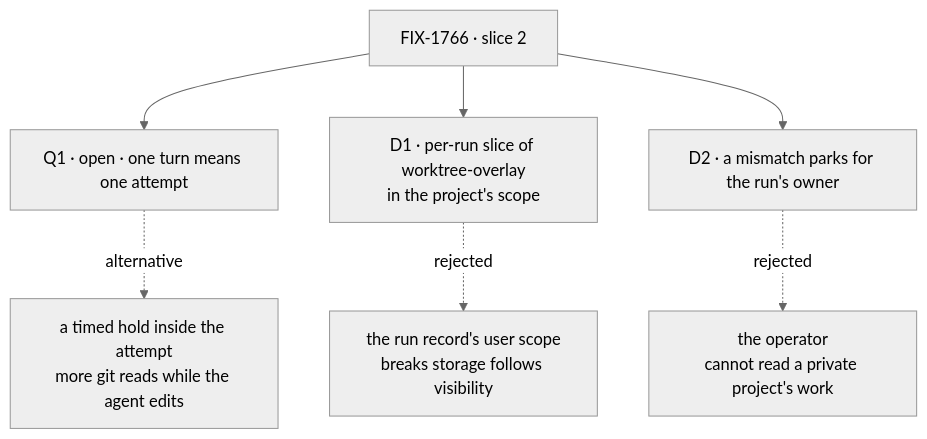
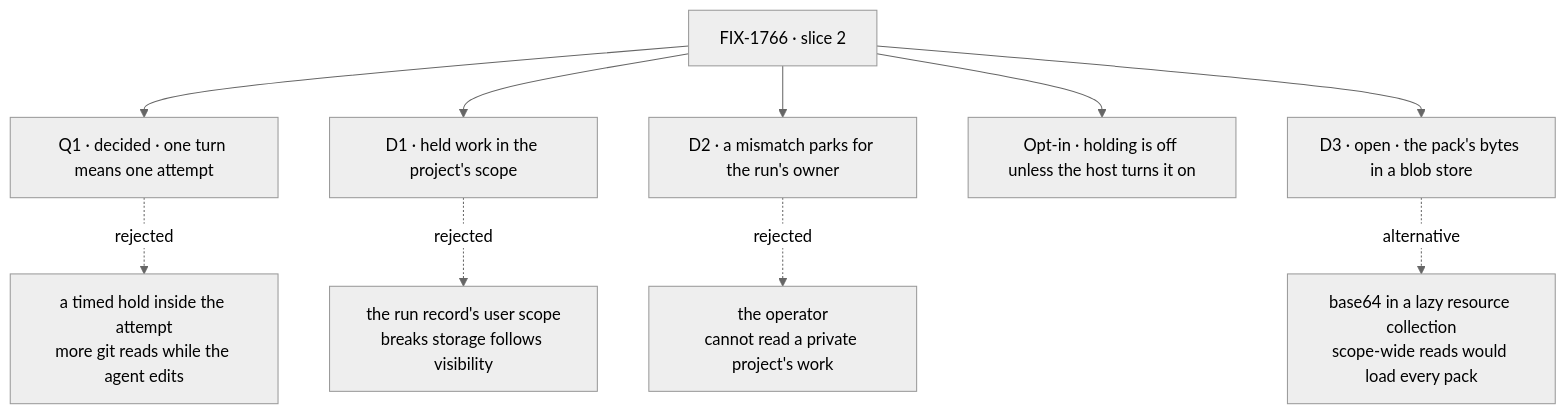
One commit to fixpoint-labs/flow-state-dev changed the diagram in specs/issues/FIX-1766/DECISIONS.md. Above: the diagram before and after it, drawn with Mermaid (neutral theme). The commit also changed other lines of this file and 9 other files, not shown here.

First line of the commit message:
spec(FIX-1766): amend to git snapshot held in blob storage

````diff
--- a/specs/issues/FIX-1766/DECISIONS.md
+++ b/specs/issues/FIX-1766/DECISIONS.md
@@ -11,9 +13,12 @@
 ```mermaid
 flowchart TD
-  I["FIX-1766 · slice 2"] --> Q1["Q1 · open · one turn means one attempt"]
-  Q1 -.->|"alternative"| X0["a timed hold inside the attempt<br/>more git reads while the agent edits"]
-  I --> D1["D1 · per-run slice of worktree-overlay<br/>in the project's scope"]
+  I["FIX-1766 · slice 2"] --> Q1["Q1 · decided · one turn means one attempt"]
+  Q1 -.->|"rejected"| X0["a timed hold inside the attempt<br/>more git reads while the agent edits"]
+  I --> D1["D1 · held work in the project's scope"]
   D1 -.->|"rejected"| X1["the run record's user scope<br/>breaks storage follows visibility"]
   I --> D2["D2 · a mismatch parks for the run's owner"]
   D2 -.->|"rejected"| X2["the operator<br/>cannot read a private project's work"]
+  I --> OI["Opt-in · holding is off unless the host turns it on"]
+  I --> D3["D3 · open · the pack's bytes in a blob store"]
+  D3 -.->|"alternative"| X3["base64 in a lazy resource collection<br/>scope-wide reads would load every pack"]
 ```
````
